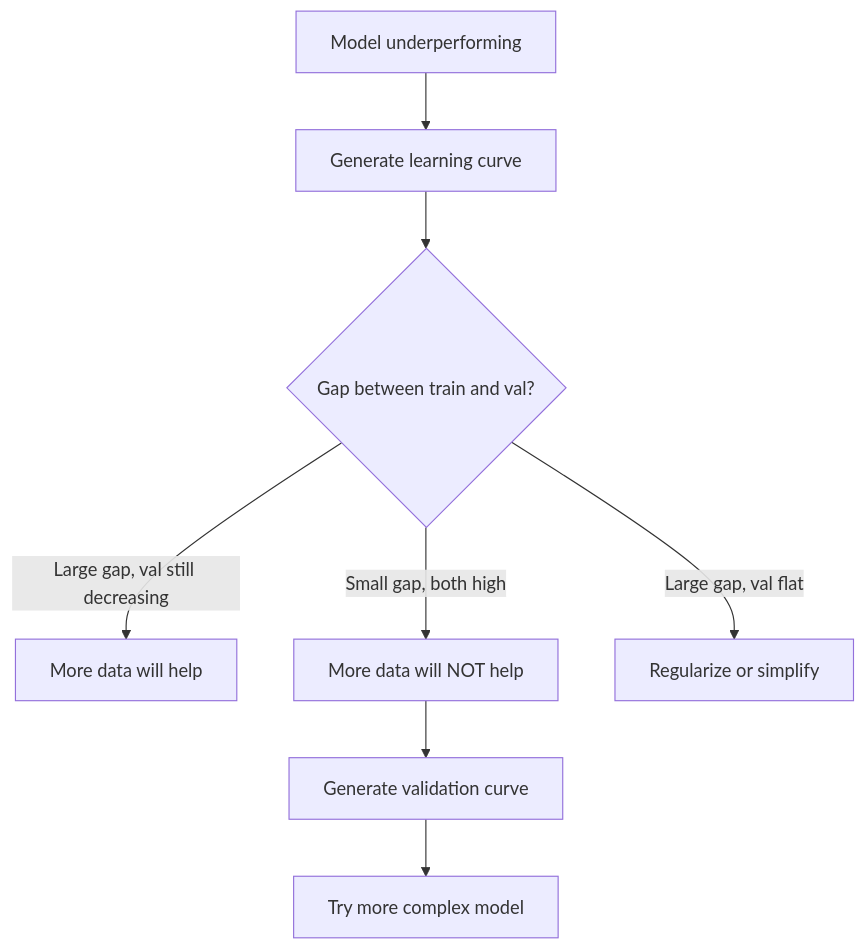
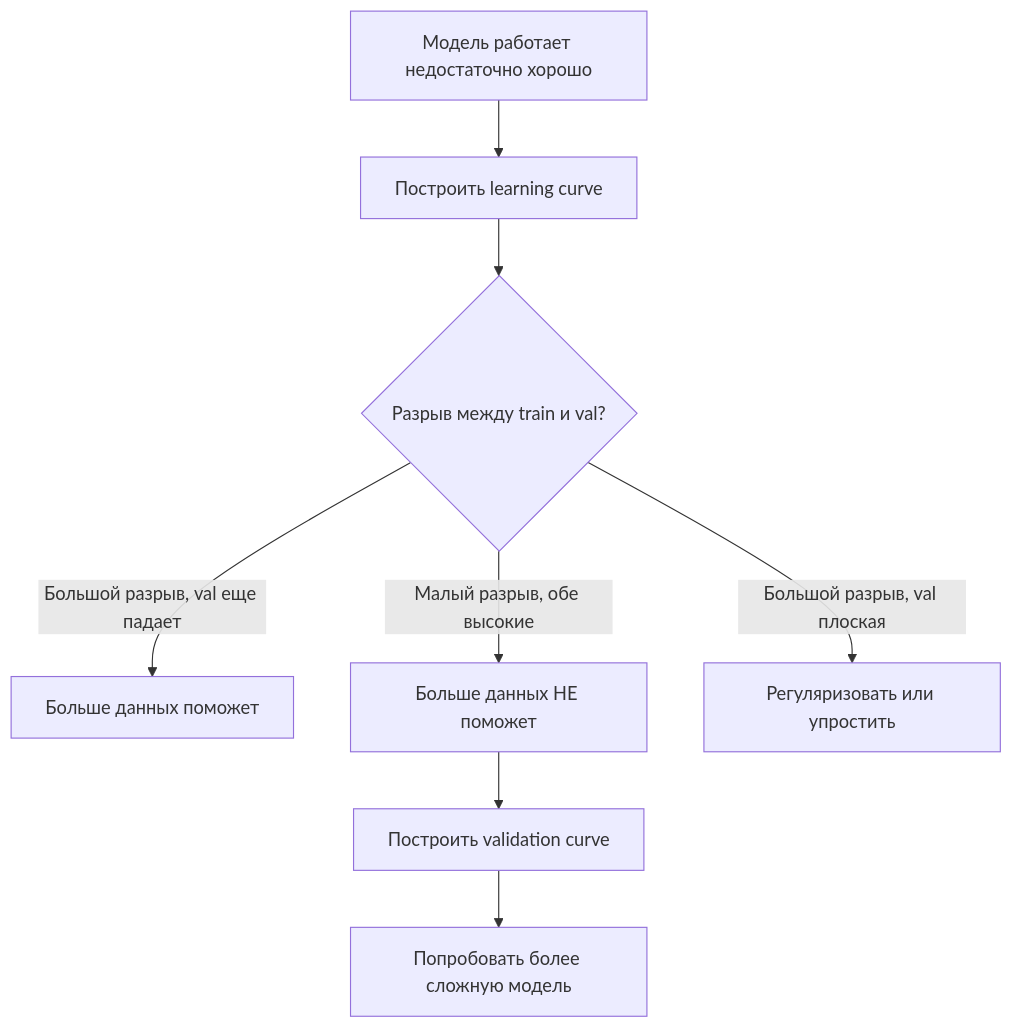
One commit to stabuev/ai-engineering-from-scratch changed the fifth of 5 diagrams in phases/02-ml-fundamentals/10-bias-variance/docs/ru.md. Above: the diagram before and after it, drawn with Mermaid. The commit also changed other lines of this file and 22 other files, not shown here.

````diff
--- a/phases/02-ml-fundamentals/10-bias-variance/docs/ru.md
+++ b/phases/02-ml-fundamentals/10-bias-variance/docs/ru.md
@@ -246,10 +246,10 @@
 ```mermaid
 flowchart TD
-    A[Model underperforming] --> B[Generate learning curve]
-    B --> C{Gap between train and val?}
-    C -->|Large gap, val still decreasing| D[More data will help]
-    C -->|Small gap, both high| E[More data will NOT help]
-    C -->|Large gap, val flat| F[Regularize or simplify]
-    E --> G[Generate validation curve]
-    G --> H[Try more complex model]
+    A[Модель работает недостаточно хорошо] --> B[Построить learning curve]
+    B --> C{Разрыв между train и val?}
+    C -->|Большой разрыв, val еще падает| D[Больше данных поможет]
+    C -->|Малый разрыв, обе высокие| E[Больше данных НЕ поможет]
+    C -->|Большой разрыв, val плоская| F[Регуляризовать или упростить]
+    E --> G[Построить validation curve]
+    G --> H[Попробовать более сложную модель]
 ```
````
